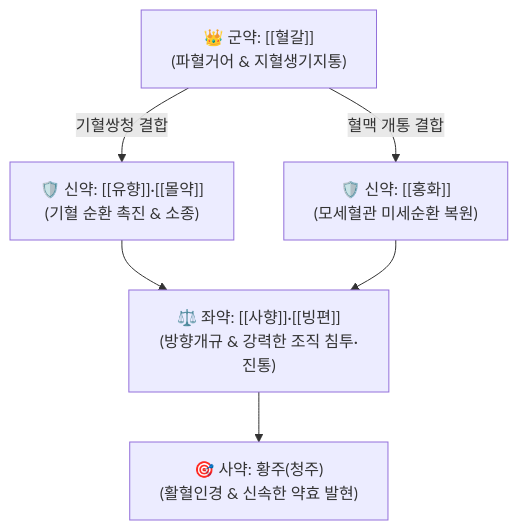
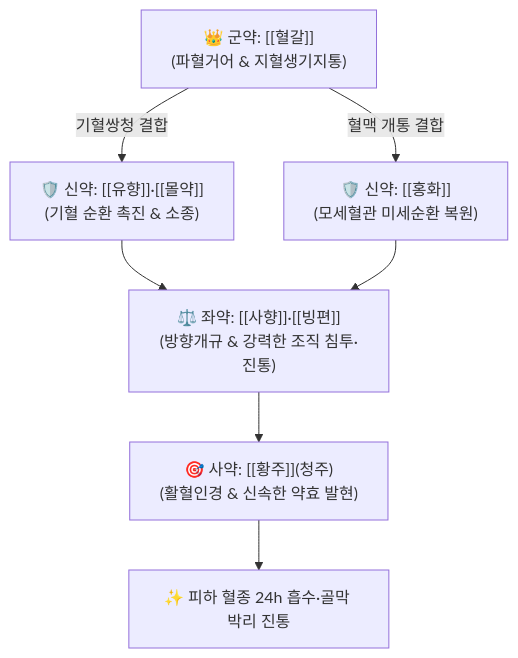
Before and after one commit to simbio11/simbio-digital-garden2: the diagram in content/2. 약리 공부/처방/05_활혈거어·지혈제/칠리산.md, drawn with Mermaid. The commit also changed other lines of this file and 248 other files, not shown here.

````diff
--- a/content/2. 약리 공부/처방/05_활혈거어·지혈제/칠리산.md
+++ b/content/2. 약리 공부/처방/05_활혈거어·지혈제/칠리산.md
@@ -9,8 +63,9 @@
 ```mermaid
 graph TD
     Gun["👑 군약: [[혈갈]]<br>(파혈거어 & 지혈생기지통)"] -->|기혈쌍청 결합| Sin1["🛡️ 신약: [[유향]]·[[몰약]]<br>(기혈 순환 촉진 & 소종)"]
     Gun -->|혈맥 개통 결합| Sin2["🛡️ 신약: [[홍화]]<br>(모세혈관 미세순환 복원)"]
     Sin1 --> Jwa["⚖️ 좌약: [[사향]]·[[빙편]]<br>(방향개규 & 강력한 조직 침투·진통)"]
     Sin2 --> Jwa
-    Jwa --> Sa["🎯 사약: 황주(청주)<br>(활혈인경 & 신속한 약효 발현)"]
+    Jwa --> Sa["🎯 사약: [[황주]](청주)<br>(활혈인경 & 신속한 약효 발현)"]
+    Sa --> Target["✨ 피하 혈종 24h 흡수·골막 박리 진통"]
 ```
````
